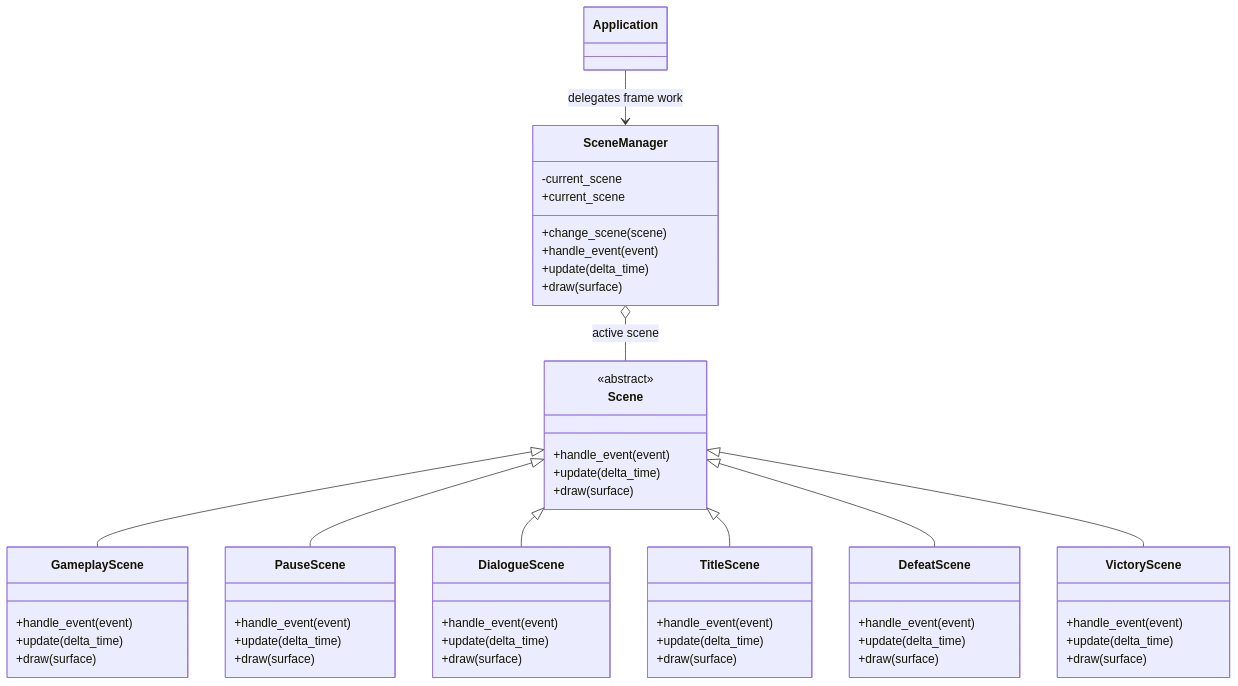
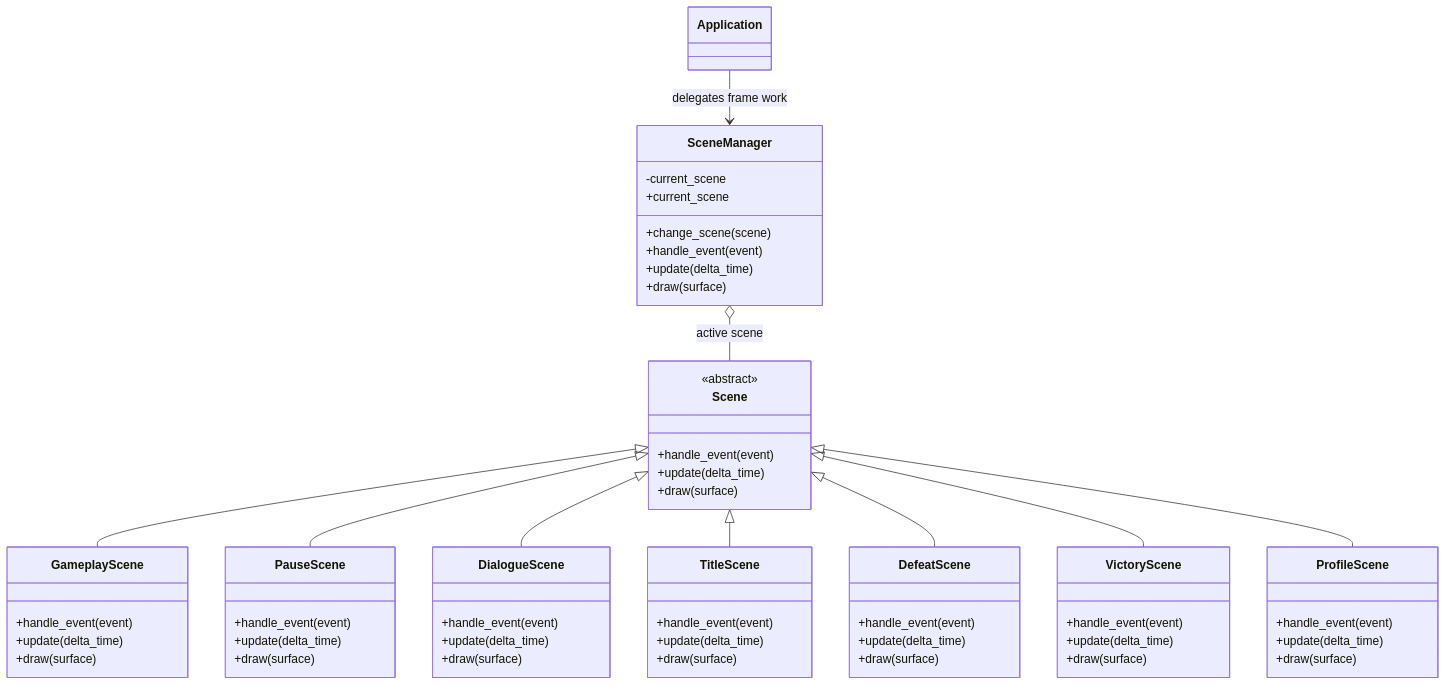
One commit to VincentMardon/my_first_adventure_game changed the diagram in docs/architecture/scenes.md. Above: the diagram before and after it, drawn with Mermaid. The commit also changed other lines of this file and 16 other files, not shown here.

````diff
--- a/docs/architecture/scenes.md
+++ b/docs/architecture/scenes.md
@@ -76,63 +76,70 @@
 ```mermaid
 classDiagram
     class Scene {
         <<abstract>>
         +handle_event(event)
         +update(delta_time)
         +draw(surface)
     }
 
     class SceneManager {
         -current_scene
         +current_scene
         +change_scene(scene)
         +handle_event(event)
         +update(delta_time)
         +draw(surface)
     }
 
     class GameplayScene {
         +handle_event(event)
         +update(delta_time)
         +draw(surface)
     }
 
     class PauseScene {
         +handle_event(event)
         +update(delta_time)
         +draw(surface)
     }
 
     class DialogueScene {
         +handle_event(event)
         +update(delta_time)
         +draw(surface)
     }
 
     class TitleScene {
         +handle_event(event)
         +update(delta_time)
         +draw(surface)
     }
 
     class DefeatScene {
         +handle_event(event)
         +update(delta_time)
         +draw(surface)
     }
 
     class VictoryScene {
         +handle_event(event)
         +update(delta_time)
         +draw(surface)
     }
 
+    class ProfileScene {
+        +handle_event(event)
+        +update(delta_time)
+        +draw(surface)
+    }
+
     SceneManager o-- Scene : active scene
     Scene <|-- GameplayScene
     Scene <|-- PauseScene
     Scene <|-- DialogueScene
     Scene <|-- TitleScene
     Scene <|-- DefeatScene
     Scene <|-- VictoryScene
+    Scene <|-- ProfileScene
     Application --> SceneManager : delegates frame work
 ```
````
